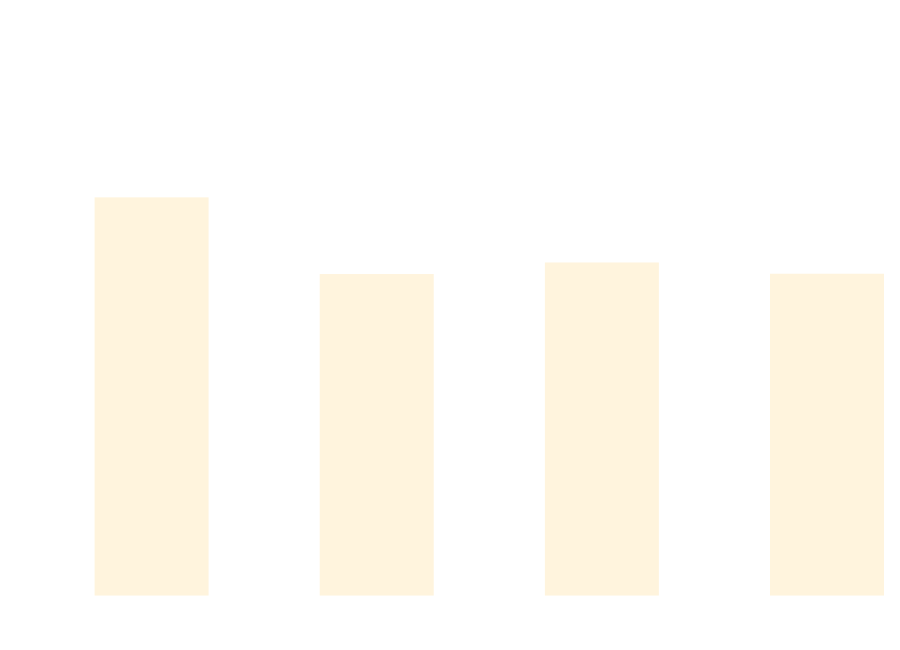
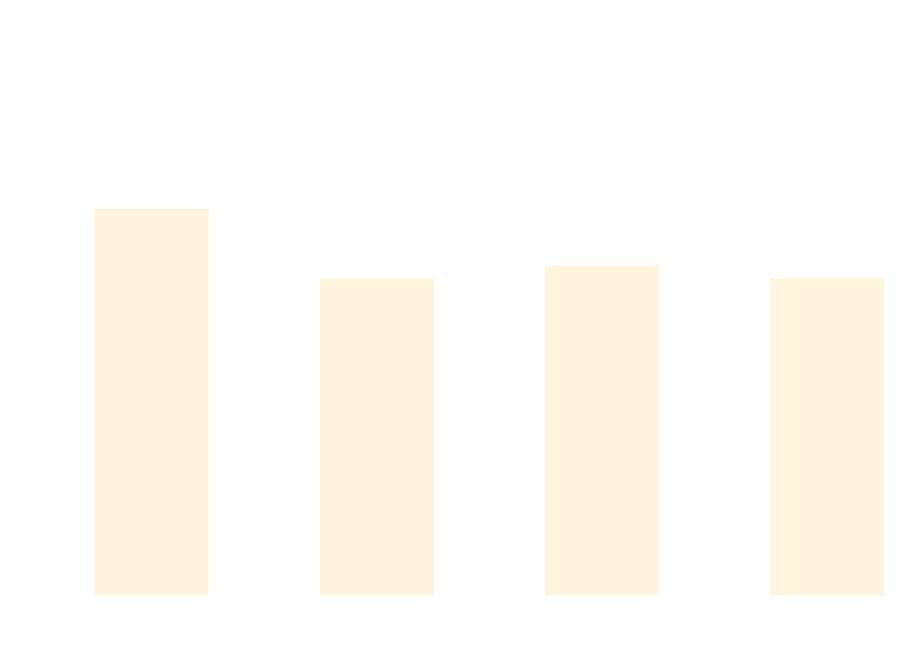
Before and after one commit to weiyilai/TUnit: the diagram in docs/docs/benchmarks/BuildTime.md, drawn with Mermaid. The commit also changed other lines of this file and 17 other files, not shown here.

````diff
--- a/docs/docs/benchmarks/BuildTime.md
+++ b/docs/docs/benchmarks/BuildTime.md
@@ -28,37 +28,37 @@
 ```mermaid
 %%{init: {
   'theme':'base',
   'themeVariables': {
     'primaryColor': '#2563eb',
     'primaryTextColor': '#ffffff',
     'primaryBorderColor': '#1e40af',
     'lineColor': '#6b7280',
     'secondaryColor': '#7c3aed',
     'tertiaryColor': '#dc2626',
     'background': '#ffffff',
     'mainBkg': '#2563eb',
     'secondBkg': '#7c3aed',
     'tertiaryBkg': '#dc2626',
     'clusterBkg': '#f3f4f6',
     'edgeLabelBackground': '#ffffff',
     'tertiaryTextColor': '#1f2937',
     'pie1': '#2563eb',
     'pie2': '#7c3aed',
     'pie3': '#dc2626',
     'pie4': '#f59e0b',
     'pie5': '#10b981',
     'pie6': '#06b6d4',
     'pie7': '#ec4899',
     'pie8': '#6366f1',
     'pie9': '#84cc16',
     'pie10': '#f97316',
     'pie11': '#14b8a6',
     'pie12': '#a855f7'
   }
 }}%%
 xychart-beta
   title "Build Time Comparison"
   x-axis ["Build_TUnit", "Build_NUnit", "Build_MSTest", "Build_xUnit3"]
   y-axis "Time (s)" 0 --> 3
-  bar [2.279, 1.829, 1.897, 1.831]
+  bar [2.211, 1.803, 1.879, 1.806]
 ```
````
